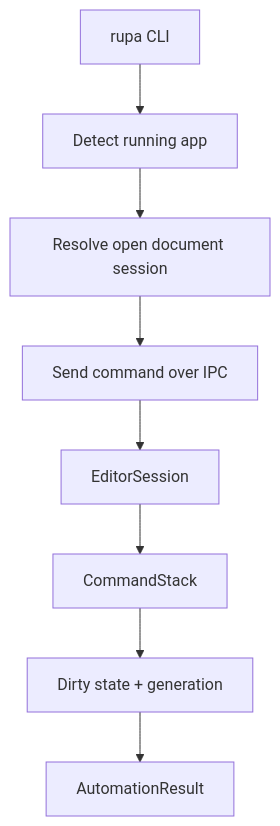
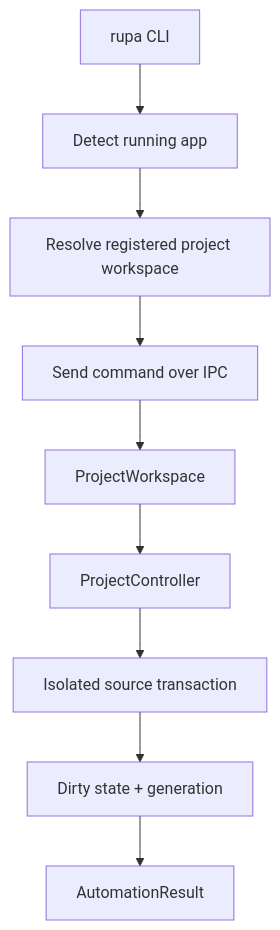
The sixth of 12 diagrams in Rupa/PHILOSOPHY.md (1amageek/Rupa), drawn with Mermaid before and after one commit. The commit also changed other lines of this file and 5 other files, not shown here.

````diff
--- a/Rupa/PHILOSOPHY.md
+++ b/Rupa/PHILOSOPHY.md
@@ -141,10 +162,11 @@
 ```mermaid
 flowchart TD
     CLI["rupa CLI"] --> Detect["Detect running app"]
-    Detect --> Resolve["Resolve open document session"]
+    Detect --> Resolve["Resolve registered project workspace"]
     Resolve --> IPC["Send command over IPC"]
-    IPC --> Session["EditorSession"]
-    Session --> Stack["CommandStack"]
+    IPC --> Workspace["ProjectWorkspace"]
+    Workspace --> Project["ProjectController"]
+    Project --> Stack["Isolated source transaction"]
     Stack --> Dirty["Dirty state + generation"]
     Dirty --> Result["AutomationResult"]
 ```
````
